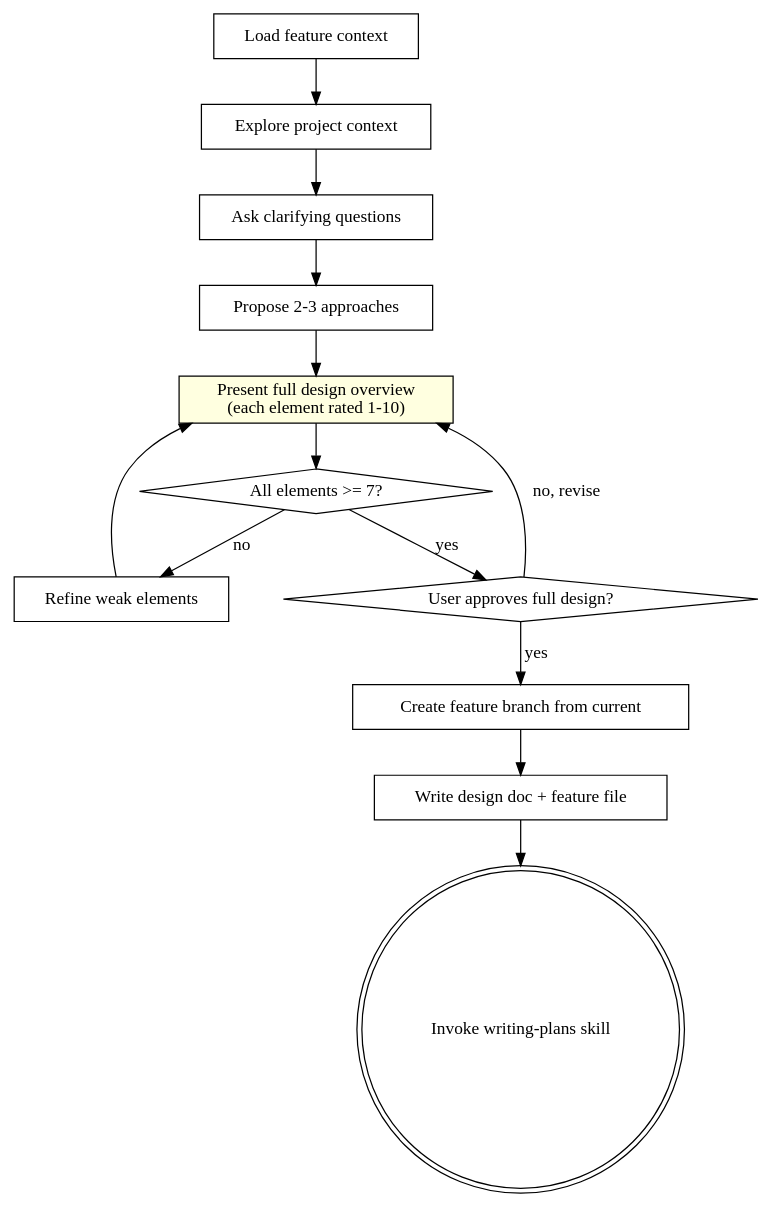
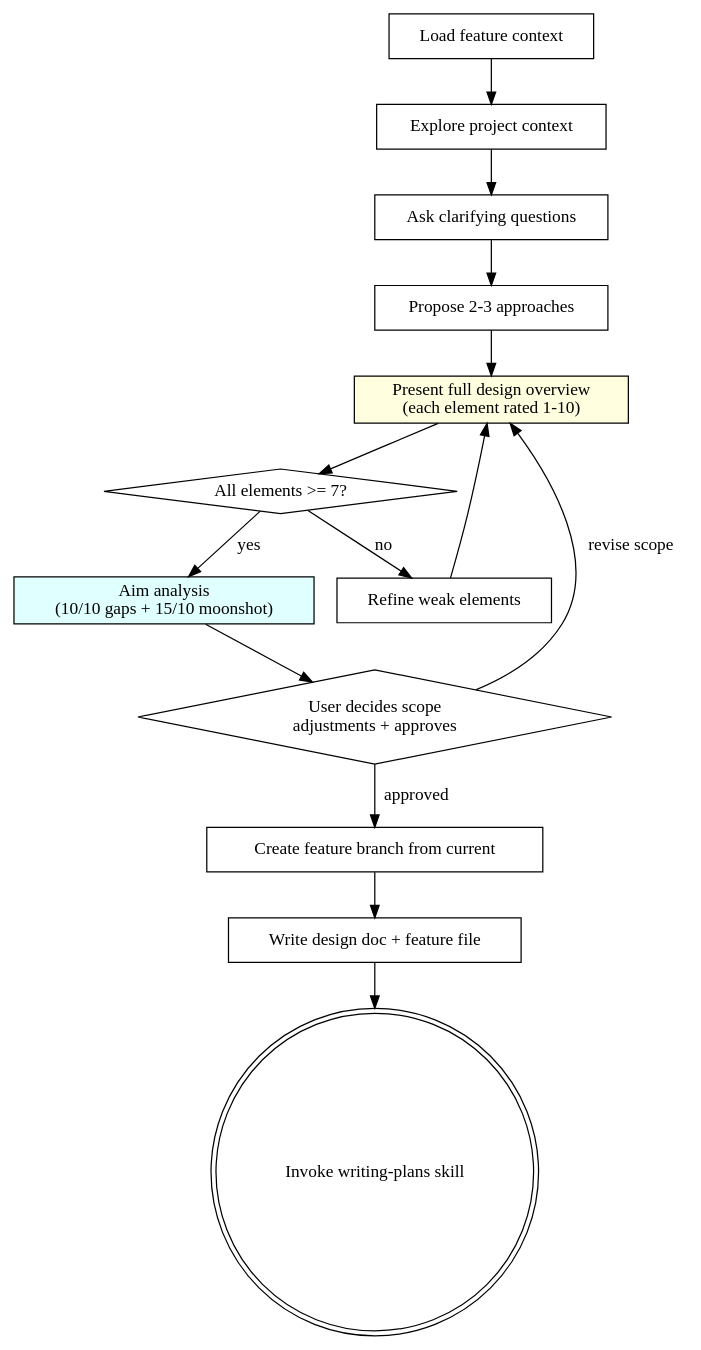
Before and after one commit to kulfix/rezavo-plugins: the diagram in plugins/rr/skills/brainstorming/SKILL.md, drawn with Graphviz. The commit also changed other lines of this file and 2 other files, not shown here.

Commit message:
feat(rr): auto aim analysis in brainstorming, mandatory GH Actions monitoring
brainstorming: after design elements >= 7, automatically run /aim 10
(gap analysis) + /aim 15 (moonshot) before user approval.

finishing-branch: add Step 8 — monitor GH Actions after PR creation,
fix loop with workflow-monitor + workflow-fixer until CI passes.

Bump version to 2.1.16.

````diff
--- a/plugins/rr/skills/brainstorming/SKILL.md
+++ b/plugins/rr/skills/brainstorming/SKILL.md
@@ -37,28 +38,30 @@
 ```dot
 digraph brainstorming {
     "Load feature context" [shape=box];
     "Explore project context" [shape=box];
     "Ask clarifying questions" [shape=box];
     "Propose 2-3 approaches" [shape=box];
     "Present full design overview\n(each element rated 1-10)" [shape=box style=filled fillcolor=lightyellow];
     "All elements >= 7?" [shape=diamond];
     "Refine weak elements" [shape=box];
-    "User approves full design?" [shape=diamond];
+    "Aim analysis\n(10/10 gaps + 15/10 moonshot)" [shape=box style=filled fillcolor=lightcyan];
+    "User decides scope\nadjustments + approves" [shape=diamond];
     "Create feature branch from current" [shape=box];
     "Write design doc + feature file" [shape=box];
     "Invoke writing-plans skill" [shape=doublecircle];
 
     "Load feature context" -> "Explore project context";
     "Explore project context" -> "Ask clarifying questions";
     "Ask clarifying questions" -> "Propose 2-3 approaches";
     "Propose 2-3 approaches" -> "Present full design overview\n(each element rated 1-10)";
     "Present full design overview\n(each element rated 1-10)" -> "All elements >= 7?";
-    "All elements >= 7?" -> "User approves full design?" [label="yes"];
+    "All elements >= 7?" -> "Aim analysis\n(10/10 gaps + 15/10 moonshot)" [label="yes"];
     "All elements >= 7?" -> "Refine weak elements" [label="no"];
     "Refine weak elements" -> "Present full design overview\n(each element rated 1-10)";
-    "User approves full design?" -> "Present full design overview\n(each element rated 1-10)" [label="no, revise"];
-    "User approves full design?" -> "Create feature branch from current" [label="yes"];
+    "Aim analysis\n(10/10 gaps + 15/10 moonshot)" -> "User decides scope\nadjustments + approves";
+    "User decides scope\nadjustments + approves" -> "Present full design overview\n(each element rated 1-10)" [label="revise scope"];
+    "User decides scope\nadjustments + approves" -> "Create feature branch from current" [label="approved"];
     "Create feature branch from current" -> "Write design doc + feature file";
     "Write design doc + feature file" -> "Invoke writing-plans skill";
 }
 ```
````
